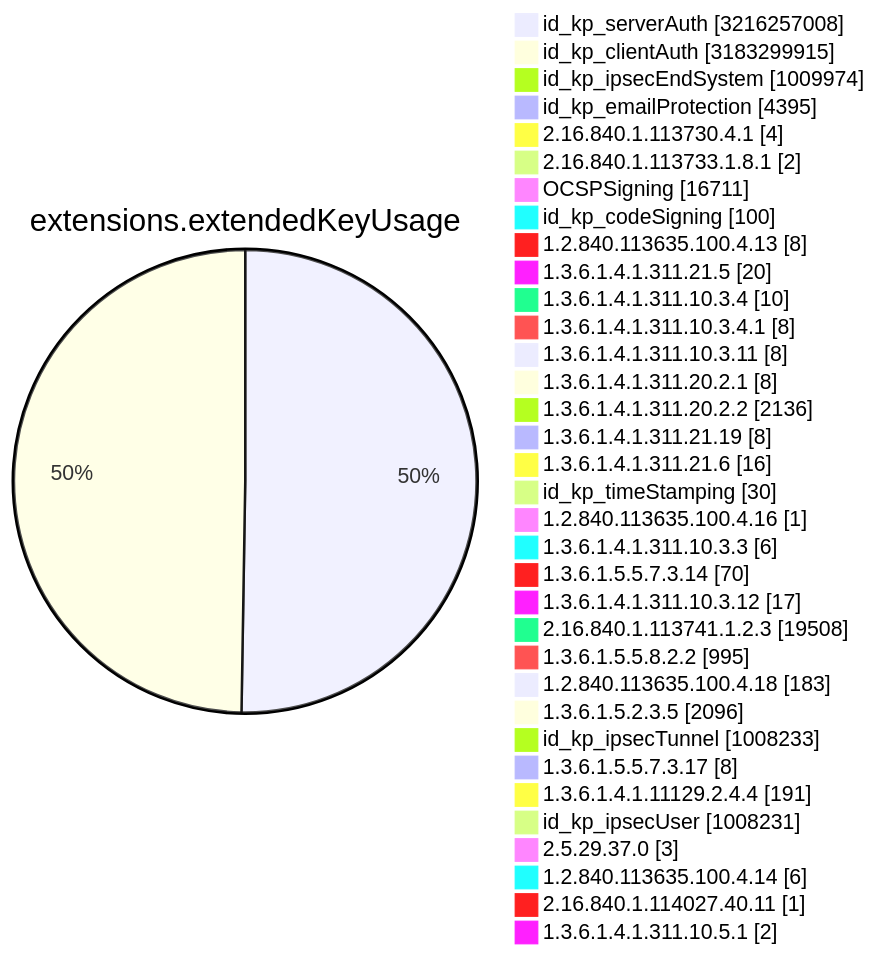
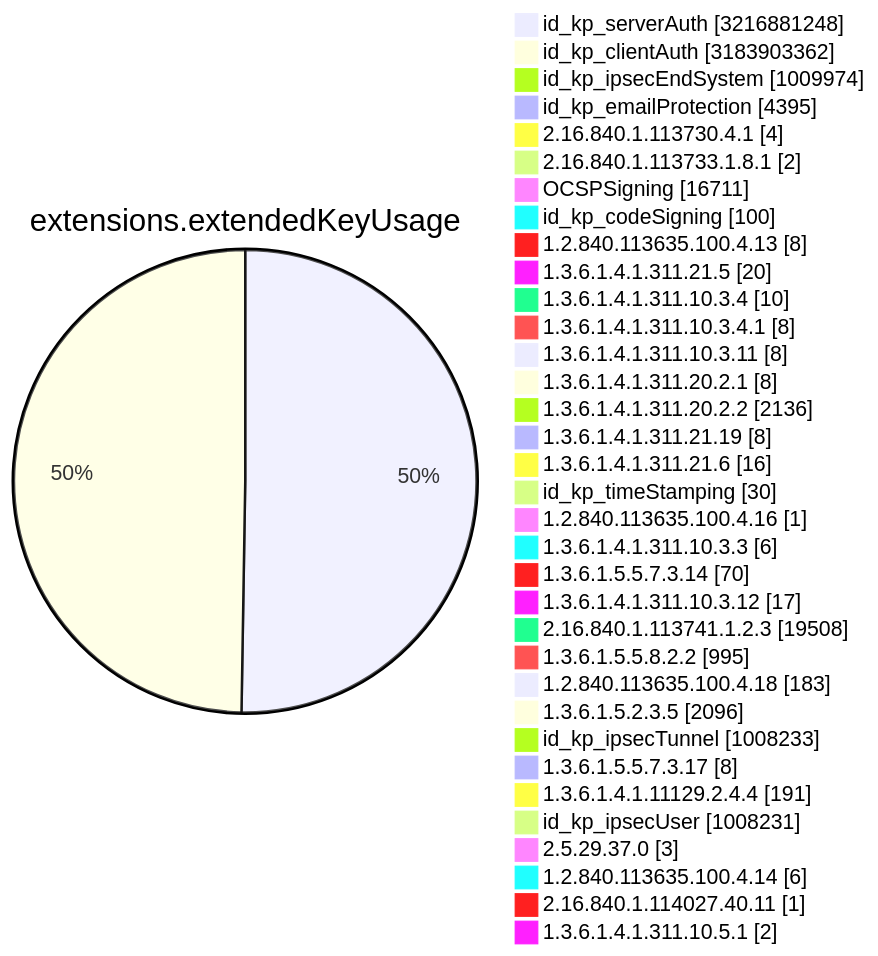
Before and after one commit to christiankrug/ctmonitor_visualization: diagram 11 of 15 in TOTAL/README.md, drawn with Mermaid. The commit also changed other lines of this file, not shown here.

````diff
--- a/TOTAL/README.md
+++ b/TOTAL/README.md
@@ -4119,38 +4119,38 @@
 ```mermaid
 pie showData
 title extensions.extendedKeyUsage
-"id_kp_serverAuth" :3216257008
-"id_kp_clientAuth" :3183299915
+"id_kp_serverAuth" :3216881248
+"id_kp_clientAuth" :3183903362
 "id_kp_ipsecEndSystem" :1009974
 "id_kp_emailProtection" :4395
 "2.16.840.1.113730.4.1" :4
 "2.16.840.1.113733.1.8.1" :2
 "OCSPSigning" :16711
 "id_kp_codeSigning" :100
 "1.2.840.113635.100.4.13" :8
 "1.3.6.1.4.1.311.21.5" :20
 "1.3.6.1.4.1.311.10.3.4" :10
 "1.3.6.1.4.1.311.10.3.4.1" :8
 "1.3.6.1.4.1.311.10.3.11" :8
 "1.3.6.1.4.1.311.20.2.1" :8
 "1.3.6.1.4.1.311.20.2.2" :2136
 "1.3.6.1.4.1.311.21.19" :8
 "1.3.6.1.4.1.311.21.6" :16
 "id_kp_timeStamping" :30
 "1.2.840.113635.100.4.16" :1
 "1.3.6.1.4.1.311.10.3.3" :6
 "1.3.6.1.5.5.7.3.14" :70
 "1.3.6.1.4.1.311.10.3.12" :17
 "2.16.840.1.113741.1.2.3" :19508
 "1.3.6.1.5.5.8.2.2" :995
 "1.2.840.113635.100.4.18" :183
 "1.3.6.1.5.2.3.5" :2096
 "id_kp_ipsecTunnel" :1008233
 "1.3.6.1.5.5.7.3.17" :8
 "1.3.6.1.4.1.11129.2.4.4" :191
 "id_kp_ipsecUser" :1008231
 "2.5.29.37.0" :3
 "1.2.840.113635.100.4.14" :6
 "2.16.840.1.114027.40.11" :1
 "1.3.6.1.4.1.311.10.5.1" :2
 ```
````
